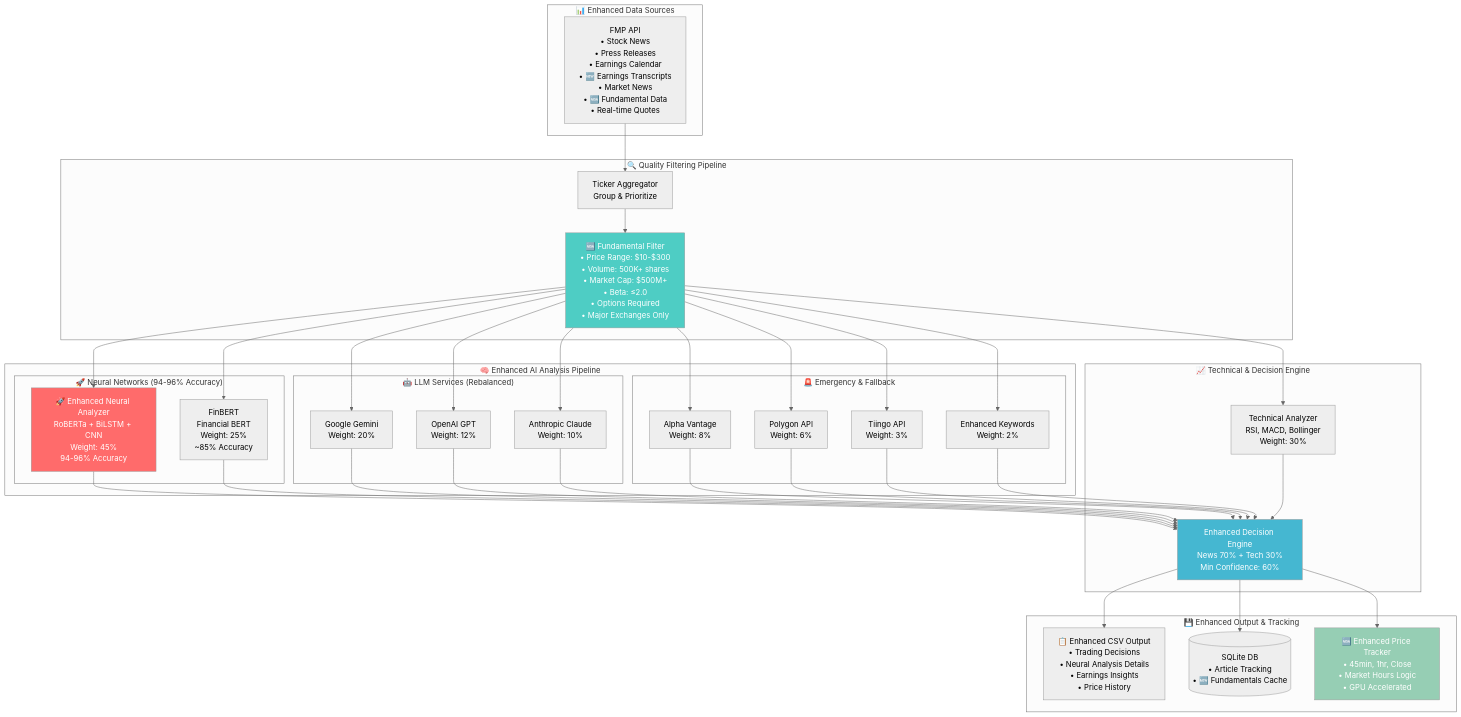
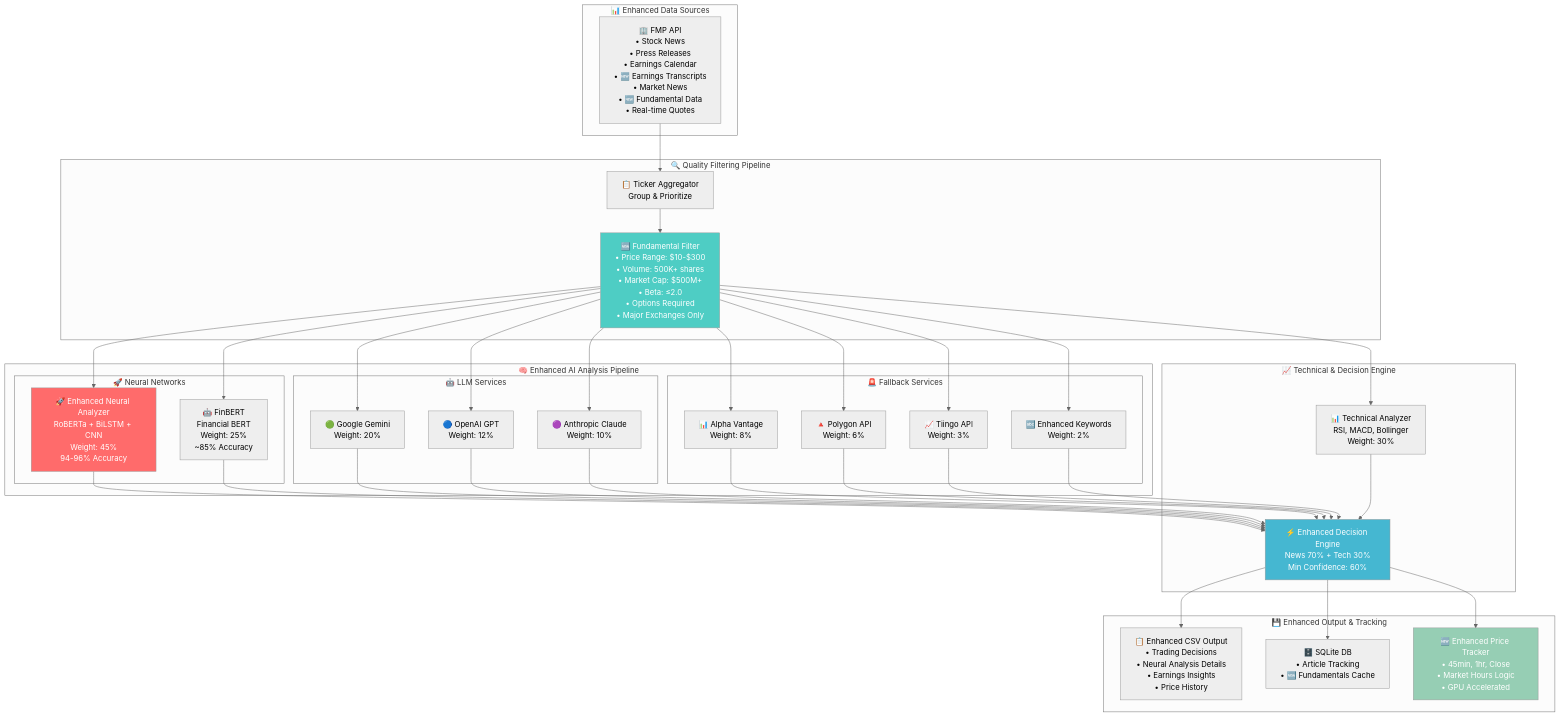
One commit to jaygasi/news_analyzer changed the first of 11 diagrams in news_cruncher/README.md. Above: the diagram before and after it, drawn with Mermaid (neutral theme). The commit also changed other lines of this file and 6 other files, not shown here.

````diff
--- a/news_cruncher/README.md
+++ b/news_cruncher/README.md
@@ -24,75 +24,75 @@
 ```mermaid
 graph TB
     subgraph "📊 Enhanced Data Sources"
-        FMP[FMP API<br/>• Stock News<br/>• Press Releases<br/>• Earnings Calendar<br/>• 🆕 Earnings Transcripts<br/>• Market News<br/>• 🆕 Fundamental Data<br/>• Real-time Quotes]
+        FMP[🏢 FMP API<br/>• Stock News<br/>• Press Releases<br/>• Earnings Calendar<br/>• 🆕 Earnings Transcripts<br/>• Market News<br/>• 🆕 Fundamental Data<br/>• Real-time Quotes]
     end
     
     subgraph "🧠 Enhanced AI Analysis Pipeline"
-        subgraph "🚀 Neural Networks (94-96% Accuracy)"
+        subgraph "🚀 Neural Networks"
             EnhancedNeural[🚀 Enhanced Neural Analyzer<br/>RoBERTa + BiLSTM + CNN<br/>Weight: 45%<br/>94-96% Accuracy]
-            FinBERT[FinBERT<br/>Financial BERT<br/>Weight: 25%<br/>~85% Accuracy]
+            FinBERT[🤖 FinBERT<br/>Financial BERT<br/>Weight: 25%<br/>~85% Accuracy]
         end
         
-        subgraph "🤖 LLM Services (Rebalanced)"
-            Gemini[Google Gemini<br/>Weight: 20%]
-            OpenAI[OpenAI GPT<br/>Weight: 12%]
-            Claude[Anthropic Claude<br/>Weight: 10%]
+        subgraph "🤖 LLM Services"
+            Gemini[🟢 Google Gemini<br/>Weight: 20%]
+            OpenAI[🔵 OpenAI GPT<br/>Weight: 12%]
+            Claude[🟣 Anthropic Claude<br/>Weight: 10%]
         end
         
-        subgraph "🚨 Emergency & Fallback"
-            AlphaV[Alpha Vantage<br/>Weight: 8%]
-            Polygon[Polygon API<br/>Weight: 6%]
-            Tiingo[Tiingo API<br/>Weight: 3%]
-            Keywords[Enhanced Keywords<br/>Weight: 2%]
+        subgraph "🚨 Fallback Services"
+            AlphaV[📊 Alpha Vantage<br/>Weight: 8%]
+            Polygon[🔺 Polygon API<br/>Weight: 6%]
+            Tiingo[📈 Tiingo API<br/>Weight: 3%]
+            Keywords[🔤 Enhanced Keywords<br/>Weight: 2%]
         end
     end
     
     subgraph "🔍 Quality Filtering Pipeline"
-        TickerAgg[Ticker Aggregator<br/>Group & Prioritize]
+        TickerAgg[📋 Ticker Aggregator<br/>Group & Prioritize]
         FundFilter[🆕 Fundamental Filter<br/>• Price Range: $10-$300<br/>• Volume: 500K+ shares<br/>• Market Cap: $500M+<br/>• Beta: ≤2.0<br/>• Options Required<br/>• Major Exchanges Only]
     end
     
     subgraph "📈 Technical & Decision Engine"
-        TechAnalysis[Technical Analyzer<br/>RSI, MACD, Bollinger<br/>Weight: 30%]
-        DecisionEngine[Enhanced Decision Engine<br/>News 70% + Tech 30%<br/>Min Confidence: 60%]
+        TechAnalysis[📊 Technical Analyzer<br/>RSI, MACD, Bollinger<br/>Weight: 30%]
+        DecisionEngine[⚡ Enhanced Decision Engine<br/>News 70% + Tech 30%<br/>Min Confidence: 60%]
     end
     
     subgraph "💾 Enhanced Output & Tracking"
         CSV[📋 Enhanced CSV Output<br/>• Trading Decisions<br/>• Neural Analysis Details<br/>• Earnings Insights<br/>• Price History]
-        SQLite[(SQLite DB<br/>• Article Tracking<br/>• 🆕 Fundamentals Cache)]
+        SQLite[🗄️ SQLite DB<br/>• Article Tracking<br/>• 🆕 Fundamentals Cache]
         PriceTracker[🆕 Enhanced Price Tracker<br/>• 45min, 1hr, Close<br/>• Market Hours Logic<br/>• GPU Accelerated]
     end
     
     FMP --> TickerAgg
     TickerAgg --> FundFilter
     FundFilter --> EnhancedNeural
     FundFilter --> FinBERT
     FundFilter --> Gemini
     FundFilter --> OpenAI
     FundFilter --> Claude
     FundFilter --> AlphaV
     FundFilter --> Polygon
     FundFilter --> Tiingo
     FundFilter --> Keywords
     FundFilter --> TechAnalysis
     
     EnhancedNeural --> DecisionEngine
     FinBERT --> DecisionEngine
     Gemini --> DecisionEngine
     OpenAI --> DecisionEngine
     Claude --> DecisionEngine
     AlphaV --> DecisionEngine
     Polygon --> DecisionEngine
     Tiingo --> DecisionEngine
     Keywords --> DecisionEngine
     TechAnalysis --> DecisionEngine
     
     DecisionEngine --> CSV
     DecisionEngine --> SQLite
     DecisionEngine --> PriceTracker
     
     style EnhancedNeural fill:#ff6b6b,color:#fff
     style FundFilter fill:#4ecdc4,color:#fff
     style DecisionEngine fill:#45b7d1,color:#fff
     style PriceTracker fill:#96ceb4,color:#fff
 ```
````
